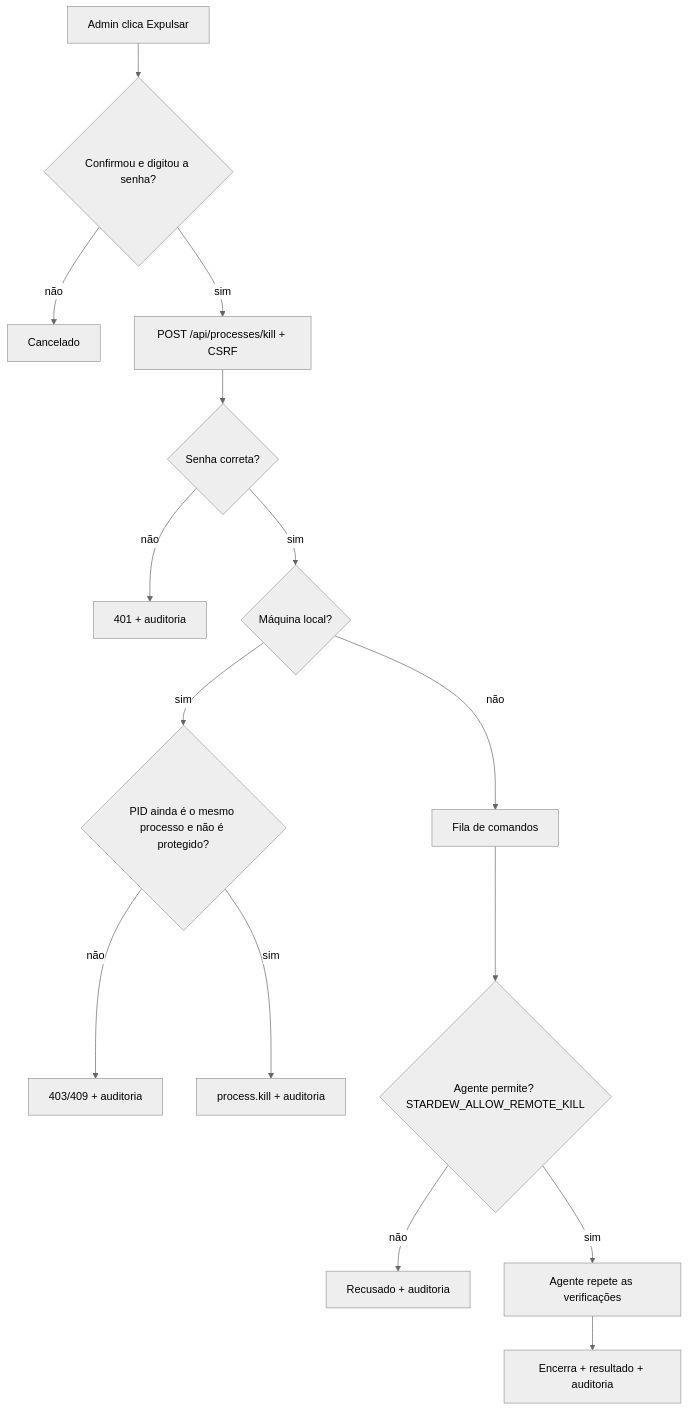
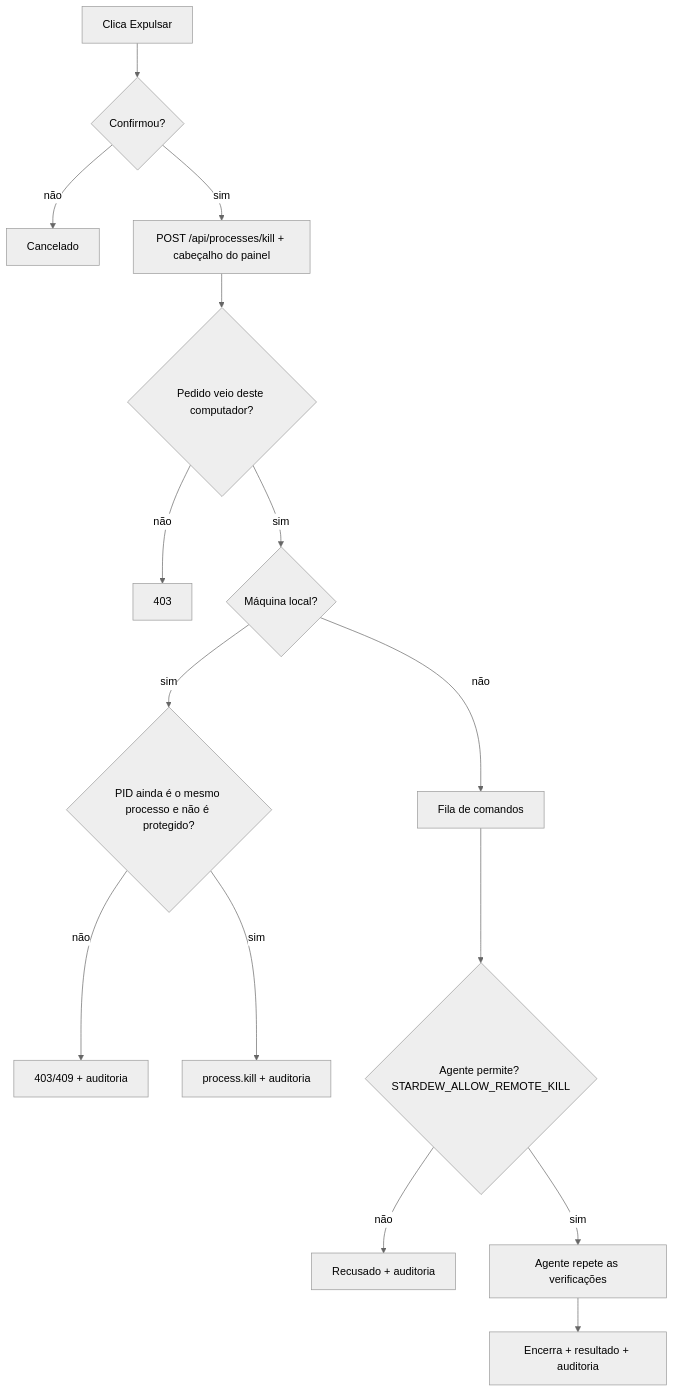
Before and after one commit to Milkaarz/Stardew-Monitor: the third of 4 diagrams in docs/diagramas.md, drawn with Mermaid (neutral theme). The commit also changed other lines of this file and 63 other files, not shown here.

````diff
--- a/docs/diagramas.md
+++ b/docs/diagramas.md
@@ -55,16 +55,16 @@
 ```mermaid
 flowchart TD
-  U[Admin clica Expulsar] --> C{Confirmou e digitou a senha?}
+  U[Clica Expulsar] --> C{Confirmou?}
   C -- não --> X[Cancelado]
-  C -- sim --> P[POST /api/processes/kill + CSRF]
-  P --> R{Senha correta?}
-  R -- não --> A1[401 + auditoria]
+  C -- sim --> P[POST /api/processes/kill + cabeçalho do painel]
+  P --> R{Pedido veio deste computador?}
+  R -- não --> A1[403]
   R -- sim --> L{Máquina local?}
   L -- sim --> V{PID ainda é o mesmo processo e não é protegido?}
   V -- não --> A2[403/409 + auditoria]
   V -- sim --> K[process.kill + auditoria]
   L -- não --> Q[Fila de comandos]
   Q --> AG{Agente permite? STARDEW_ALLOW_REMOTE_KILL}
   AG -- não --> F[Recusado + auditoria]
   AG -- sim --> V2[Agente repete as verificações] --> K2[Encerra + resultado + auditoria]
 ```
````
